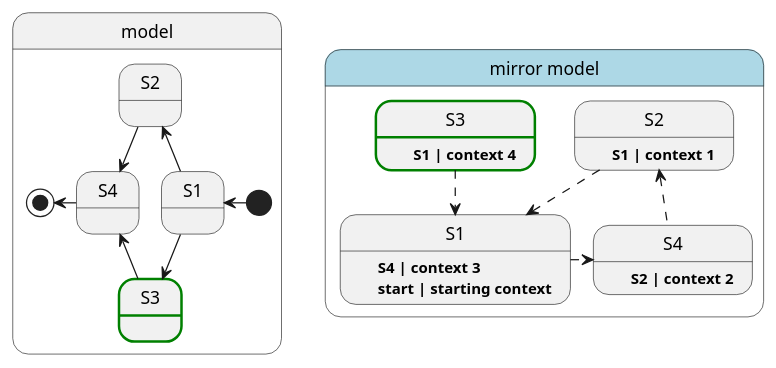
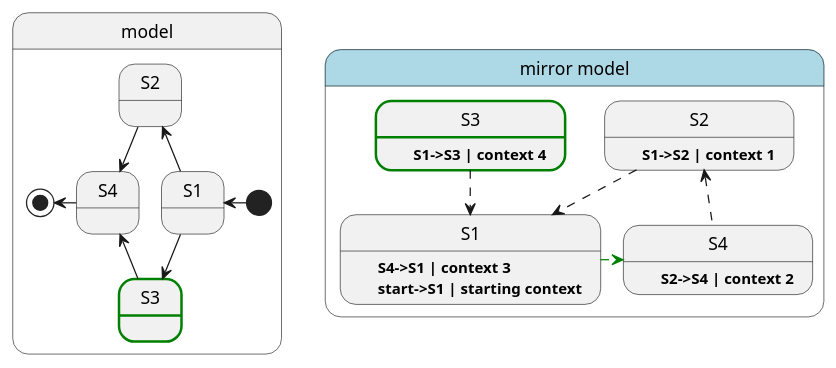
Before and after one commit to nemoworks/enkrinojs: the diagram in docs/diagrams/enkrino6.puml, drawn with PlantUML. The commit also changed 6 other files, not shown here.

```diff
--- a/docs/diagrams/enkrino6.puml
+++ b/docs/diagrams/enkrino6.puml
@@ -1,29 +1,29 @@
 @startuml
 state model {
     state S1 
     state S2 
     state S3  ##[bold]green
     state S4
 
 
     [*] -left-> S1
     S1 -up-> S2
     S1 -down-> S3
     S2 -down-> S4
     S3 -up-> S4
     S4 -left-> [*]
 }
 
 state "mirror model" as mirror#lightblue{
-    state "S1" as MS1  : \t**S4 | context 3**\n\t**start | starting context**
-    state "S2" as MS2 : \t**S1 | context 1**
-    state "S3" as MS3 ##[bold]green : \t**S1 | context 4**
-    state "S4" as MS4 : \t**S2 | context 2**
+    state "S1" as MS1  : \t**S4->S1 | context 3**\n\t**start->S1 | starting context**
+    state "S2" as MS2 : \t**S1->S2 | context 1**
+    state "S3" as MS3 ##[bold]green : \t**S1->S3 | context 4**
+    state "S4" as MS4 : \t**S2->S4 | context 2**
     MS2 -down[dashed]-> MS1
     MS4 -up[dashed]-> MS2
-    MS1 -right[dashed]-> MS4
+    MS1 -right[#green,dashed]-> MS4
     MS3 -down[dashed]-> MS1
 
 }
 
 @enduml
```
